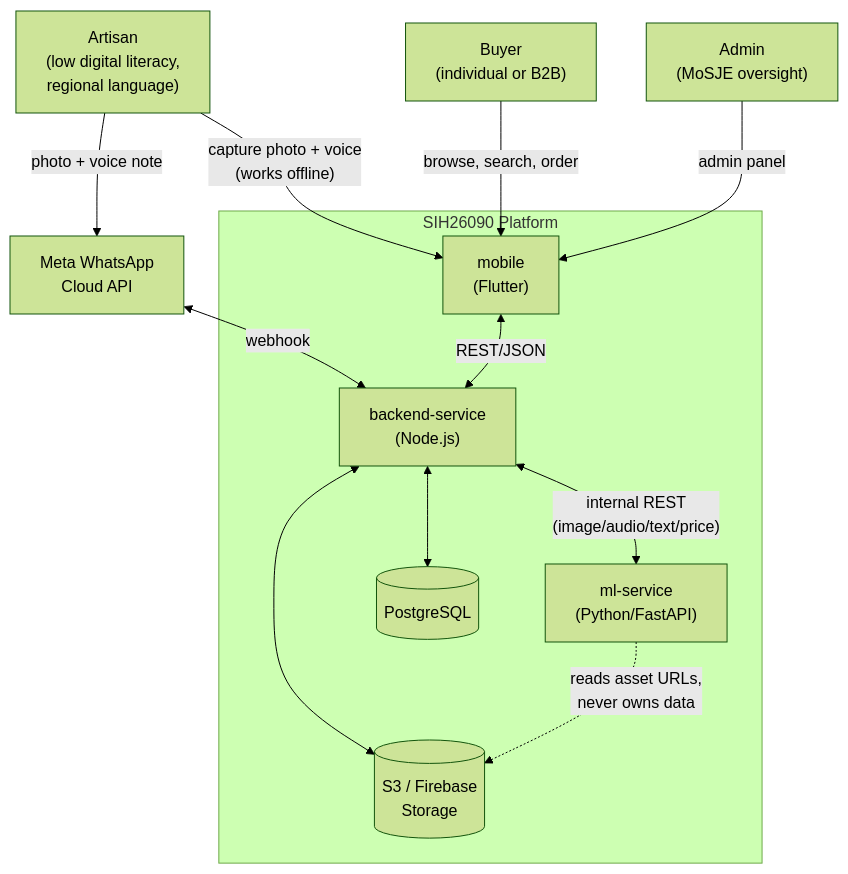
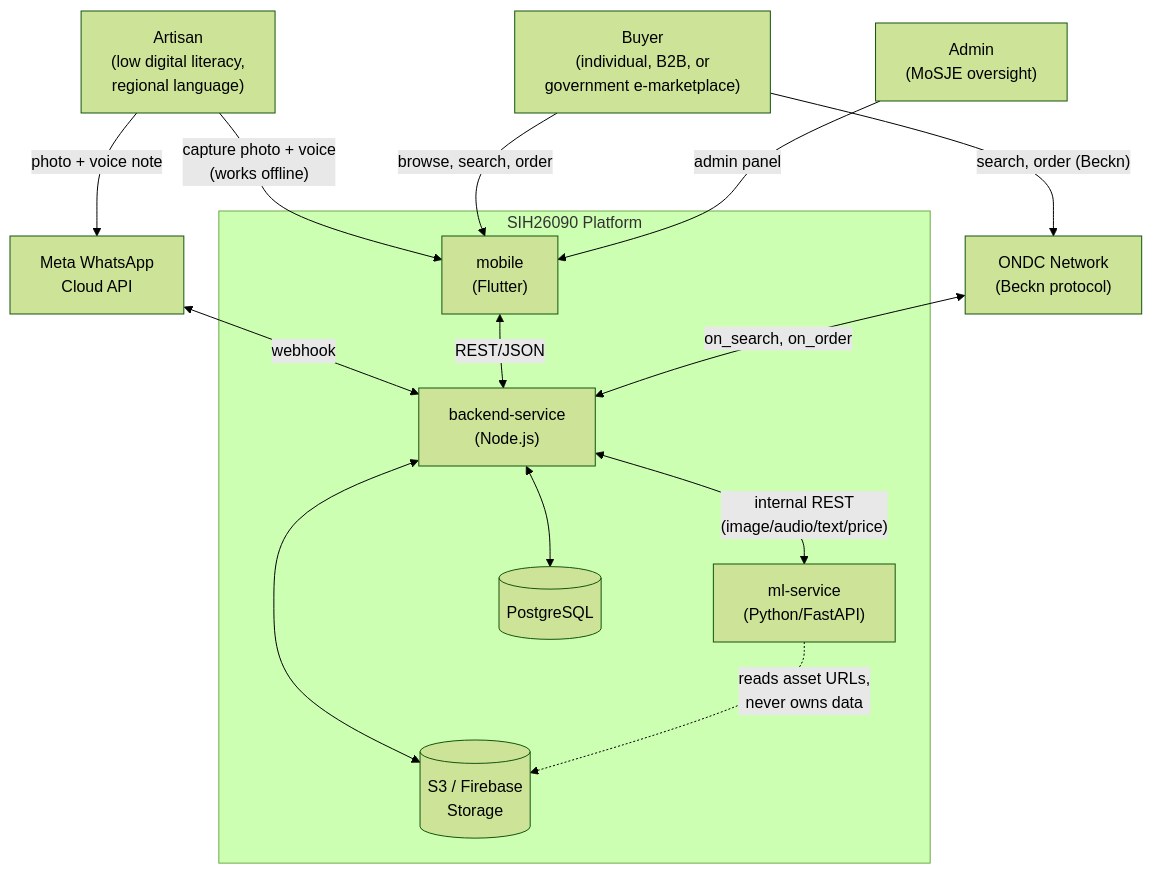
The first of 6 diagrams in ARCHITECTURE.md (satyasahu8317/sih26090-artisan-platform), drawn with Mermaid (forest theme) before and after one commit. The commit also changed other lines of this file and 24 other files, not shown here.

Commit message:
added updated architecture and roadmap file. implemented ml services (#12)

````diff
--- a/ARCHITECTURE.md
+++ b/ARCHITECTURE.md
@@ -11,26 +11,29 @@
 ```mermaid
 flowchart TB
     Artisan["Artisan\n(low digital literacy,\nregional language)"]
-    Buyer["Buyer\n(individual or B2B)"]
+    Buyer["Buyer\n(individual, B2B, or\ngovernment e-marketplace)"]
     Admin["Admin\n(MoSJE oversight)"]
     Meta["Meta WhatsApp\nCloud API"]
+    ONDC["ONDC Network\n(Beckn protocol)"]
 
     subgraph App["SIH26090 Platform"]
         Mobile["mobile\n(Flutter)"]
         Backend["backend-service\n(Node.js)"]
         ML["ml-service\n(Python/FastAPI)"]
         DB[("PostgreSQL")]
         Storage[("S3 / Firebase\nStorage")]
     end
 
     Artisan -->|"capture photo + voice\n(works offline)"| Mobile
     Artisan -->|"photo + voice note"| Meta
     Meta <-->|"webhook"| Backend
     Mobile <-->|"REST/JSON"| Backend
     Buyer -->|"browse, search, order"| Mobile
+    Buyer -->|"search, order (Beckn)"| ONDC
+    ONDC <-->|"on_search, on_order"| Backend
     Admin -->|"admin panel"| Mobile
     Backend <-->|"internal REST\n(image/audio/text/price)"| ML
     Backend <--> DB
     Backend <--> Storage
     ML -.->|"reads asset URLs,\nnever owns data"| Storage
 ```
````
